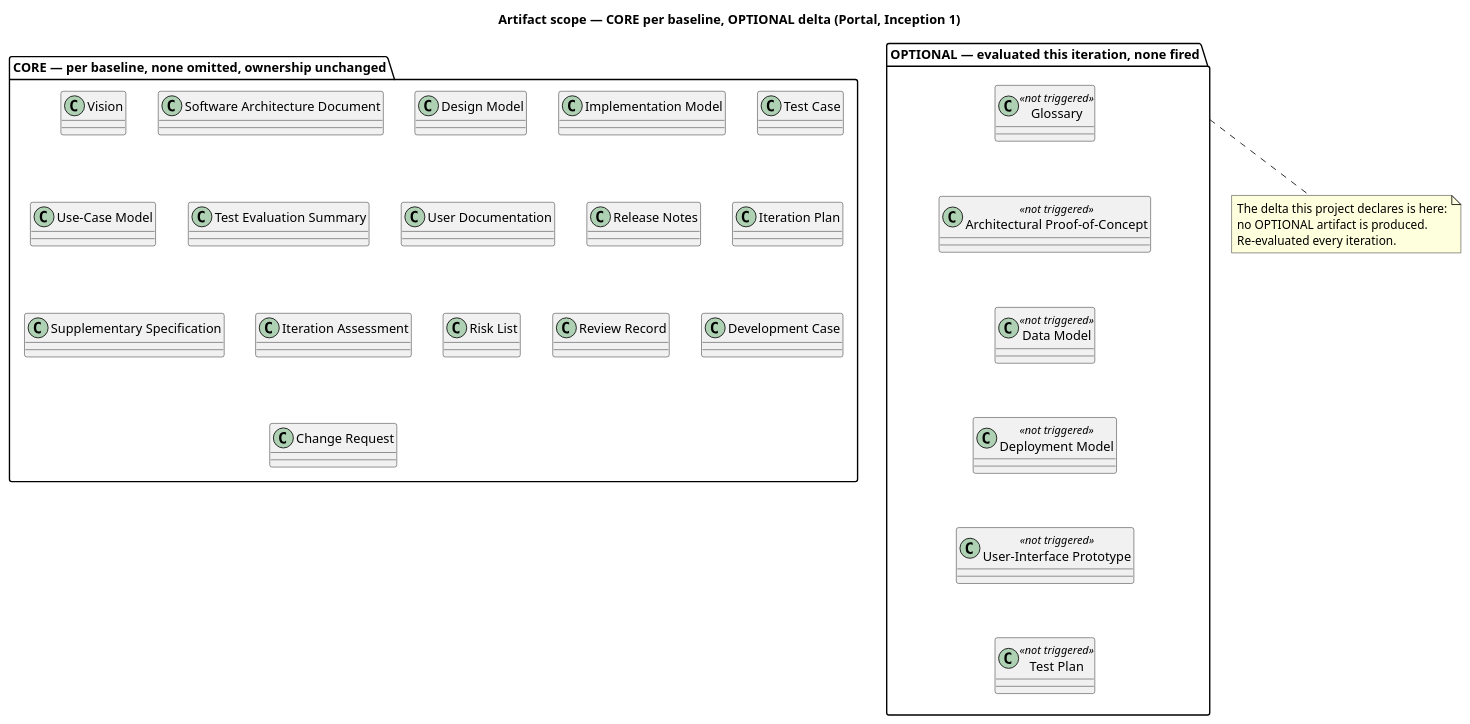
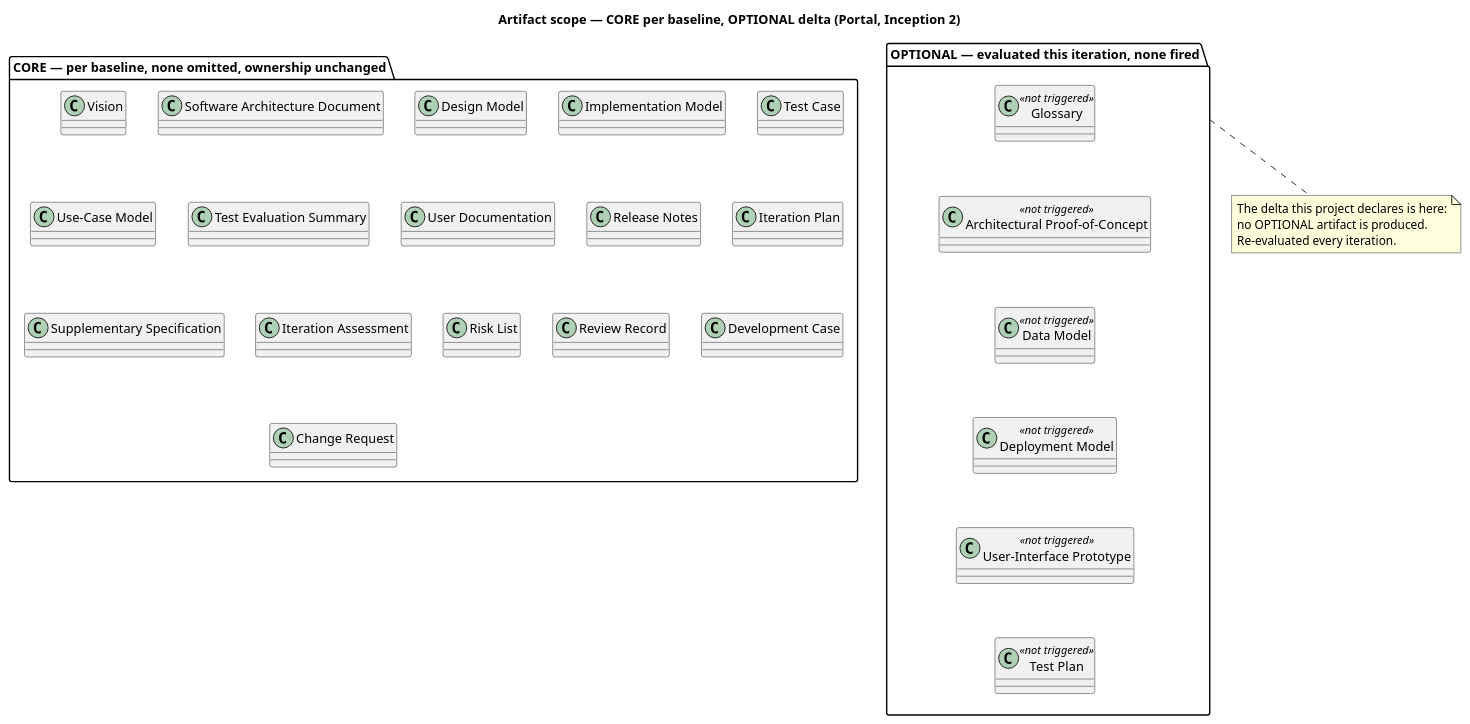
Before and after one commit to banense-test/portal: the fourth of 6 diagrams in docs/artifacts/environment/development-case.md, drawn with PlantUML. The commit also changed other lines of this file, not shown here.

````diff
--- a/docs/artifacts/environment/development-case.md
+++ b/docs/artifacts/environment/development-case.md
@@ -255,49 +255,49 @@
 ```plantuml
 @startuml
-title Artifact scope — CORE per baseline, OPTIONAL delta (Portal, Inception 1)
+title Artifact scope — CORE per baseline, OPTIONAL delta (Portal, Inception 2)
 
 skinparam classAttributeIconSize 0
 
 package "CORE — per baseline, none omitted, ownership unchanged" as CORE {
   class "Vision" as VIS
   class "Use-Case Model" as UCM
   class "Supplementary Specification" as SS
   class "Software Architecture Document" as SAD
   class "Design Model" as DM
   class "Implementation Model" as IM
   class "Test Case" as TC
   class "Test Evaluation Summary" as TES
   class "User Documentation" as UD
   class "Release Notes" as RN
   class "Iteration Plan" as IP
   class "Iteration Assessment" as IA
   class "Risk List" as RL
   class "Review Record" as RR
   class "Development Case" as DC
   class "Change Request" as CR
 }
 
 package "OPTIONAL — evaluated this iteration, none fired" as OPT {
   class "Glossary" as GL <<not triggered>>
   class "Architectural Proof-of-Concept" as POC <<not triggered>>
   class "Data Model" as DMO <<not triggered>>
   class "Deployment Model" as DPM <<not triggered>>
   class "User-Interface Prototype" as UIP <<not triggered>>
   class "Test Plan" as TP <<not triggered>>
 }
 
 note bottom of OPT
   The delta this project declares is here:
   no OPTIONAL artifact is produced.
   Re-evaluated every iteration.
 end note
 
 VIS -[hidden]- UCM
 UCM -[hidden]- SS
 GL -[hidden]- POC
 POC -[hidden]- DMO
 DMO -[hidden]- DPM
 DPM -[hidden]- UIP
 UIP -[hidden]- TP
 @enduml
 ```
````
